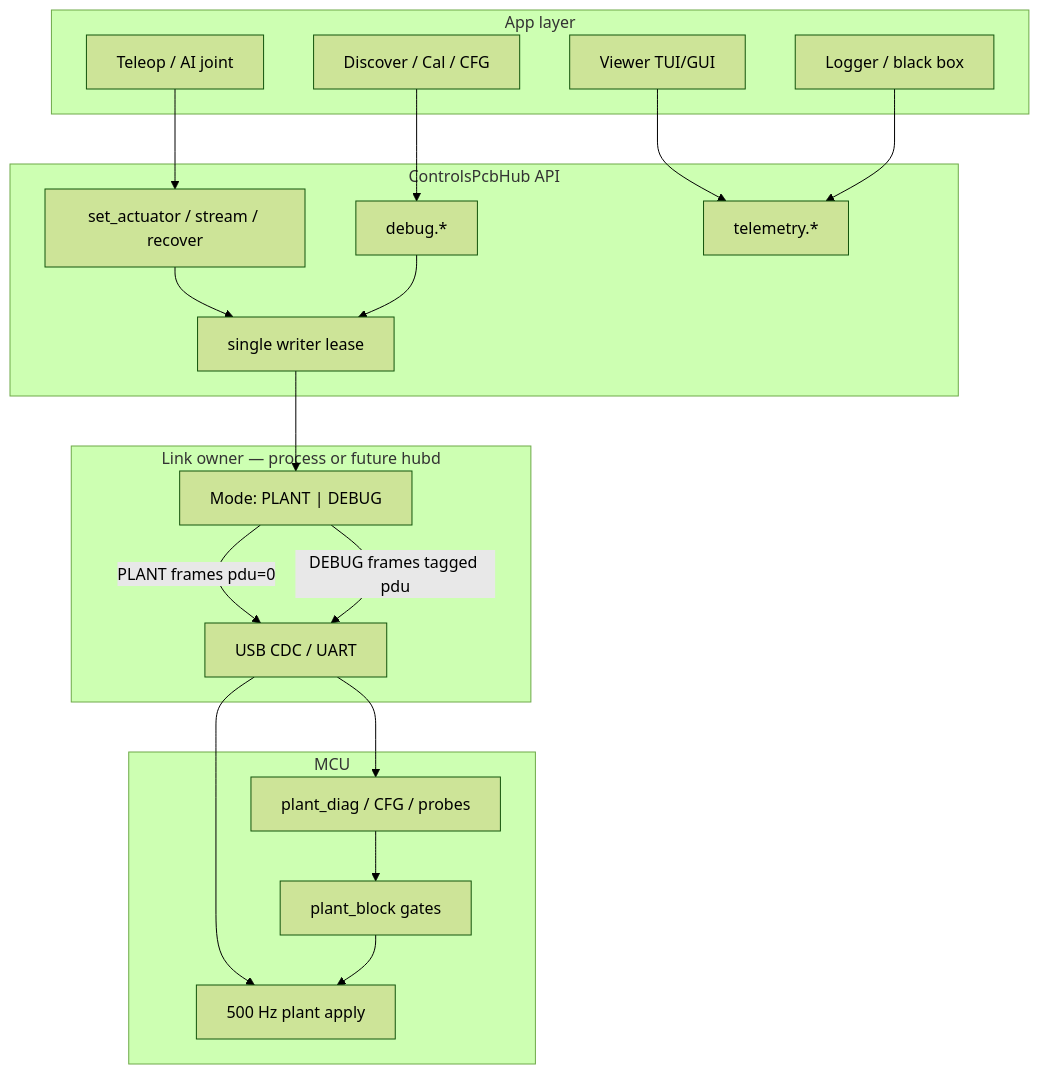
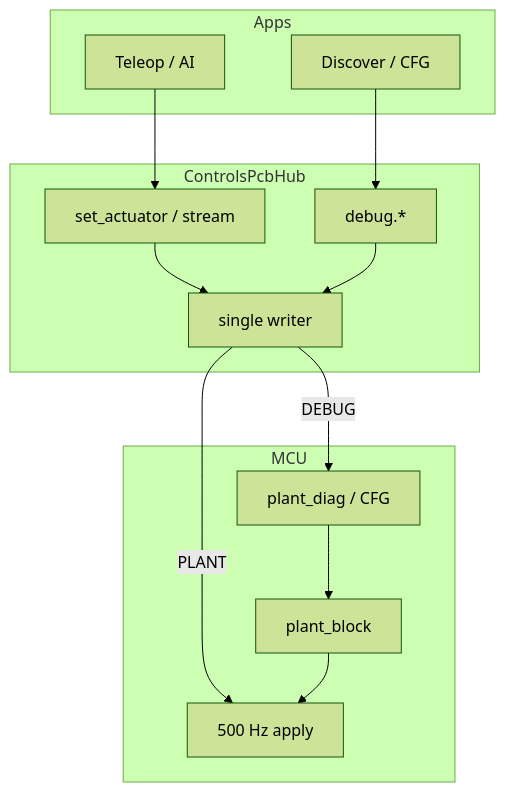
Before and after one commit to lontans/Deft_Robo_Controls: the diagram in docs/architecture.md, drawn with Mermaid (forest theme). The commit also changed other lines of this file and 516 other files, not shown here.

````diff
--- a/docs/architecture.md
+++ b/docs/architecture.md
@@ -32,41 +39,21 @@
 ```mermaid
 flowchart TB
-  subgraph apps["App layer"]
-    Teleop["Teleop / AI joint"]
-    Bench["Discover / Cal / CFG"]
-    UI["Viewer TUI/GUI"]
-    Log["Logger / black box"]
+  subgraph apps["Apps"]
+    Teleop["Teleop / AI"]
+    Bench["Discover / CFG"]
   end
-
-  subgraph api["ControlsPcbHub API"]
-    Plant["set_actuator / stream / recover"]
+  subgraph api["ControlsPcbHub"]
+    Plant["set_actuator / stream"]
     Debug["debug.*"]
-    Telemetry["telemetry.*"]
-    Lease["single writer lease"]
+    Lease["single writer"]
   end
-
-  subgraph link["Link owner — process or future hubd"]
-    Mux["Mode: PLANT | DEBUG"]
-    Ser["USB CDC / UART"]
+  subgraph mcu["MCU"]
+    PlantPath["500 Hz apply"]
+    DiagPath["plant_diag / CFG"]
+    Gates["plant_block"]
   end
-
-  subgraph mcu["MCU"]
-    PlantPath["500 Hz plant apply"]
-    DiagPath["plant_diag / CFG / probes"]
-    Gates["plant_block gates"]
-  end
-
-  Teleop --> Plant
-  Bench --> Debug
-  UI --> Telemetry
-  Log --> Telemetry
-  Plant --> Lease
-  Debug --> Lease
-  Lease --> Mux
-  Mux -->|PLANT frames pdu=0| Ser
-  Mux -->|DEBUG frames tagged pdu| Ser
-  Ser --> PlantPath
-  Ser --> DiagPath
-  DiagPath --> Gates
-  Gates --> PlantPath
+  Teleop --> Plant --> Lease
+  Bench --> Debug --> Lease
+  Lease -->|PLANT| PlantPath
+  Lease -->|DEBUG| DiagPath --> Gates --> PlantPath
 ```
````
